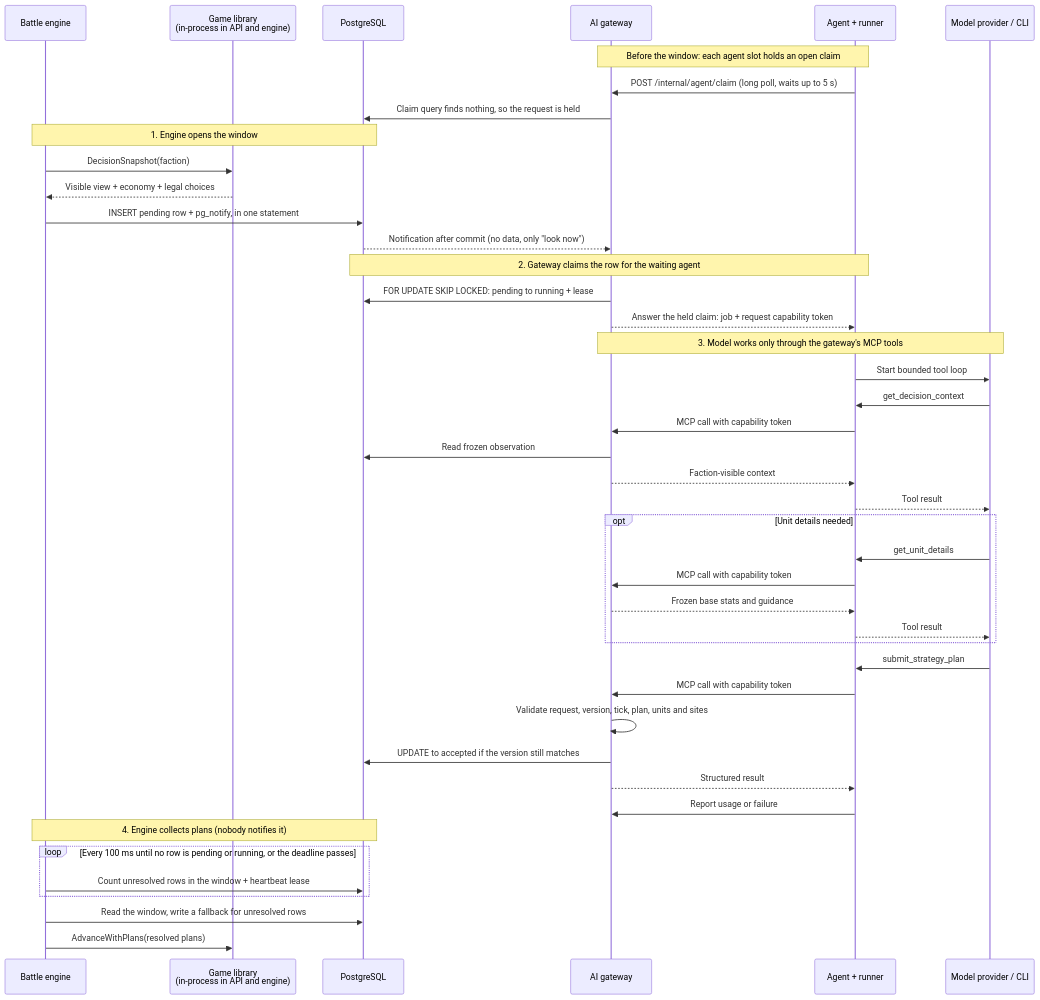
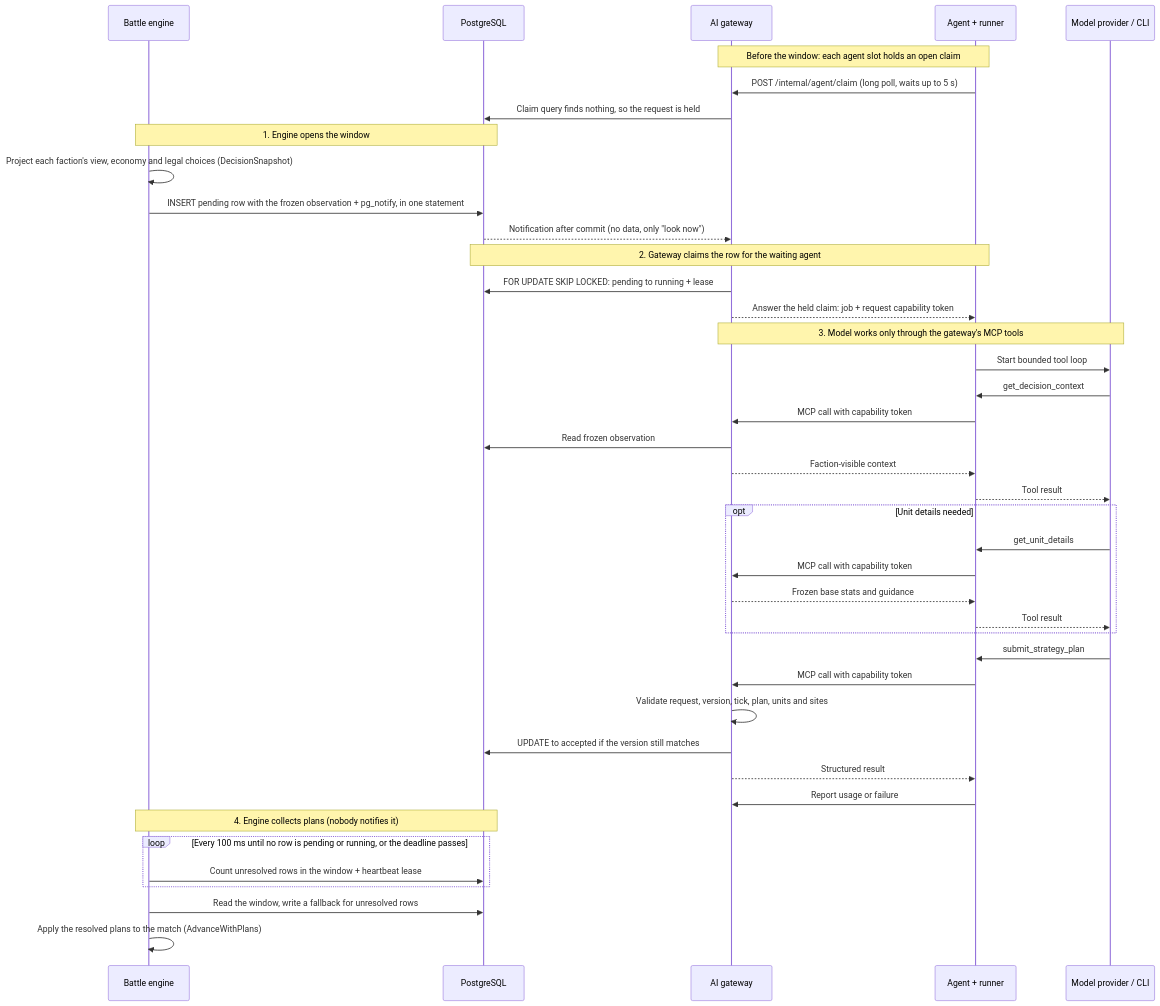
One commit to twhAuto/autonomous_battlefield changed the third of 5 diagrams in docs/architecture/system-architecture.md. Above: the diagram before and after it, drawn with Mermaid. The commit also changed other lines of this file, not shown here.

First line of the commit message:
AB-258: Draw game library calls inside the API and engine

````diff
--- a/docs/architecture/system-architecture.md
+++ b/docs/architecture/system-architecture.md
@@ -279,50 +279,48 @@
 ```mermaid
 sequenceDiagram
     participant Engine as Battle engine
-    participant Match as Game library<br/>(in-process in API and engine)
     participant DB as PostgreSQL
     participant Gateway as AI gateway
     participant Agent as Agent + runner
     participant Model as Model provider / CLI
 
     Note over Gateway,Agent: Before the window: each agent slot holds an open claim
     Agent->>Gateway: POST /internal/agent/claim (long poll, waits up to 5 s)
     Gateway->>DB: Claim query finds nothing, so the request is held
 
     Note over Engine,DB: 1. Engine opens the window
-    Engine->>Match: DecisionSnapshot(faction)
-    Match-->>Engine: Visible view + economy + legal choices
-    Engine->>DB: INSERT pending row + pg_notify, in one statement
+    Engine->>Engine: Project each faction's view, economy and legal choices (DecisionSnapshot)
+    Engine->>DB: INSERT pending row with the frozen observation + pg_notify, in one statement
     DB-->>Gateway: Notification after commit (no data, only "look now")
 
     Note over DB,Agent: 2. Gateway claims the row for the waiting agent
     Gateway->>DB: FOR UPDATE SKIP LOCKED: pending to running + lease
     Gateway-->>Agent: Answer the held claim: job + request capability token
 
     Note over Gateway,Model: 3. Model works only through the gateway's MCP tools
     Agent->>Model: Start bounded tool loop
     Model->>Agent: get_decision_context
     Agent->>Gateway: MCP call with capability token
     Gateway->>DB: Read frozen observation
     Gateway-->>Agent: Faction-visible context
     Agent-->>Model: Tool result
     opt Unit details needed
         Model->>Agent: get_unit_details
         Agent->>Gateway: MCP call with capability token
         Gateway-->>Agent: Frozen base stats and guidance
         Agent-->>Model: Tool result
     end
     Model->>Agent: submit_strategy_plan
     Agent->>Gateway: MCP call with capability token
     Gateway->>Gateway: Validate request, version, tick, plan, units and sites
     Gateway->>DB: UPDATE to accepted if the version still matches
     Gateway-->>Agent: Structured result
     Agent->>Gateway: Report usage or failure
 
     Note over Engine,DB: 4. Engine collects plans (nobody notifies it)
     loop Every 100 ms until no row is pending or running, or the deadline passes
         Engine->>DB: Count unresolved rows in the window + heartbeat lease
     end
     Engine->>DB: Read the window, write a fallback for unresolved rows
-    Engine->>Match: AdvanceWithPlans(resolved plans)
+    Engine->>Engine: Apply the resolved plans to the match (AdvanceWithPlans)
 ```
````
